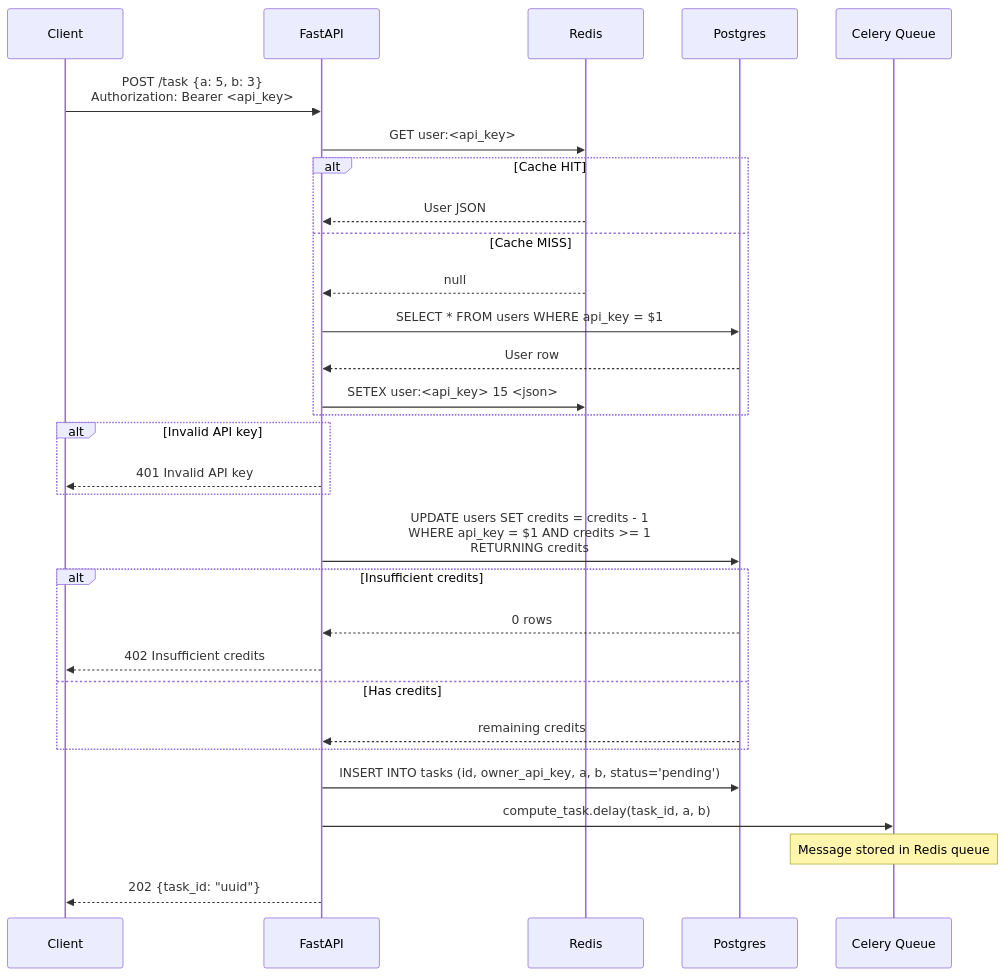
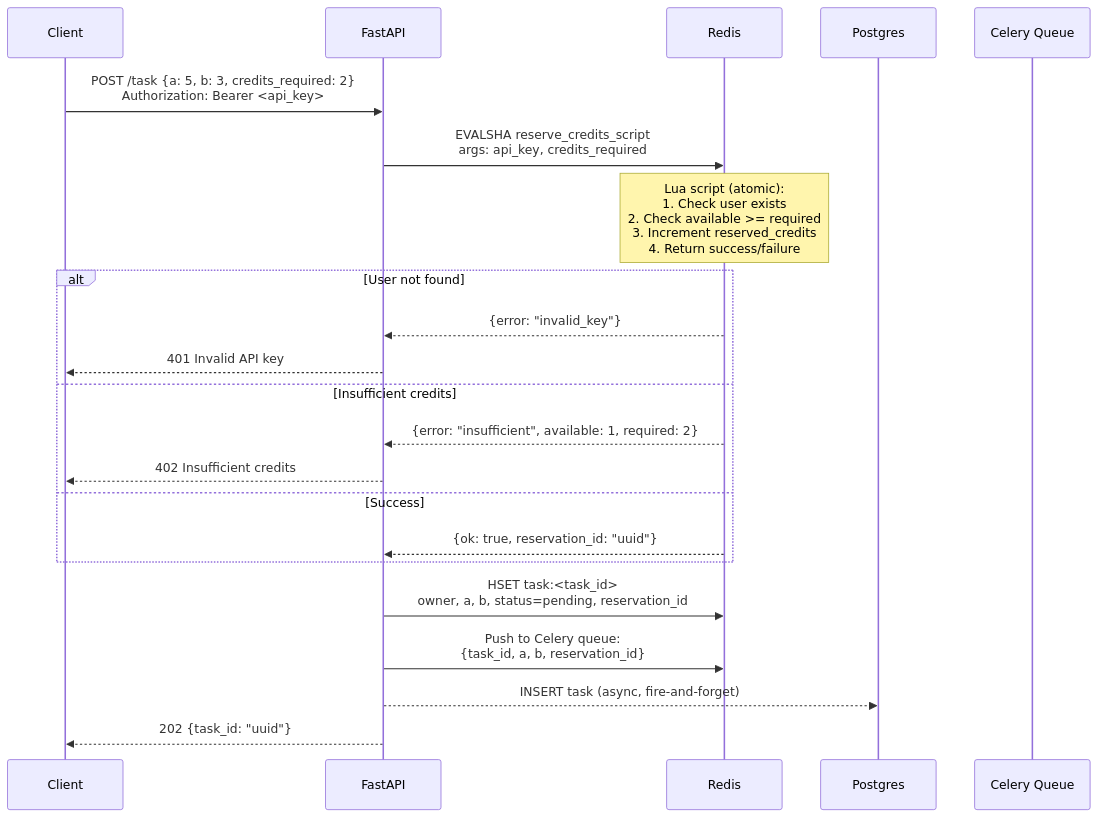
One commit to aregmii/celery-api-quickstart changed the first of 6 diagrams in sequence_diagrams.md. Above: the diagram before and after it, drawn with Mermaid. The commit also changed other lines of this file, not shown here.

````diff
--- a/sequence_diagrams.md
+++ b/sequence_diagrams.md
@@ -7,42 +31,36 @@
 ```mermaid
 sequenceDiagram
     participant Client
     participant FastAPI
     participant Redis
     participant Postgres
     participant Celery as Celery Queue
 
-    Client->>FastAPI: POST /task {a: 5, b: 3}<br/>Authorization: Bearer <api_key>
+    Client->>FastAPI: POST /task {a: 5, b: 3, credits_required: 2}<br/>Authorization: Bearer <api_key>
 
-    %% Authentication
-    FastAPI->>Redis: GET user:<api_key>
-    alt Cache HIT
-        Redis-->>FastAPI: User JSON
-    else Cache MISS
-        Redis-->>FastAPI: null
-        FastAPI->>Postgres: SELECT * FROM users WHERE api_key = $1
-        Postgres-->>FastAPI: User row
-        FastAPI->>Redis: SETEX user:<api_key> 15 <json>
+    %% Single atomic operation: validate user + reserve credits
+    FastAPI->>Redis: EVALSHA reserve_credits_script<br/>args: api_key, credits_required
+
+    Note over Redis: Lua script (atomic):<br/>1. Check user exists<br/>2. Check available >= required<br/>3. Increment reserved_credits<br/>4. Return success/failure
+
+    alt User not found
+        Redis-->>FastAPI: {error: "invalid_key"}
+        FastAPI-->>Client: 401 Invalid API key
+    else Insufficient credits
+        Redis-->>FastAPI: {error: "insufficient", available: 1, required: 2}
+        FastAPI-->>Client: 402 Insufficient credits
+    else Success
+        Redis-->>FastAPI: {ok: true, reservation_id: "uuid"}
     end
 
-    alt Invalid API key
-        FastAPI-->>Client: 401 Invalid API key
-    end
+    %% Store task in Redis
+    FastAPI->>Redis: HSET task:<task_id><br/>owner, a, b, status=pending, reservation_id
 
-    %% Credit Deduction (atomic)
-    FastAPI->>Postgres: UPDATE users SET credits = credits - 1<br/>WHERE api_key = $1 AND credits >= 1<br/>RETURNING credits
+    %% Enqueue to Celery
+    FastAPI->>Redis: Push to Celery queue:<br/>{task_id, a, b, reservation_id}
 
-    alt Insufficient credits
-        Postgres-->>FastAPI: 0 rows
-        FastAPI-->>Client: 402 Insufficient credits
-    else Has credits
-        Postgres-->>FastAPI: remaining credits
-    end
-
-    %% Task Creation
-    FastAPI->>Postgres: INSERT INTO tasks (id, owner_api_key, a, b, status='pending')
-    FastAPI->>Celery: compute_task.delay(task_id, a, b)
-    Note over Celery: Message stored in Redis queue
+    %% Async: persist to Postgres (non-blocking)
+    FastAPI-->>Postgres: INSERT task (async, fire-and-forget)
 
     FastAPI-->>Client: 202 {task_id: "uuid"}
 ```
````
